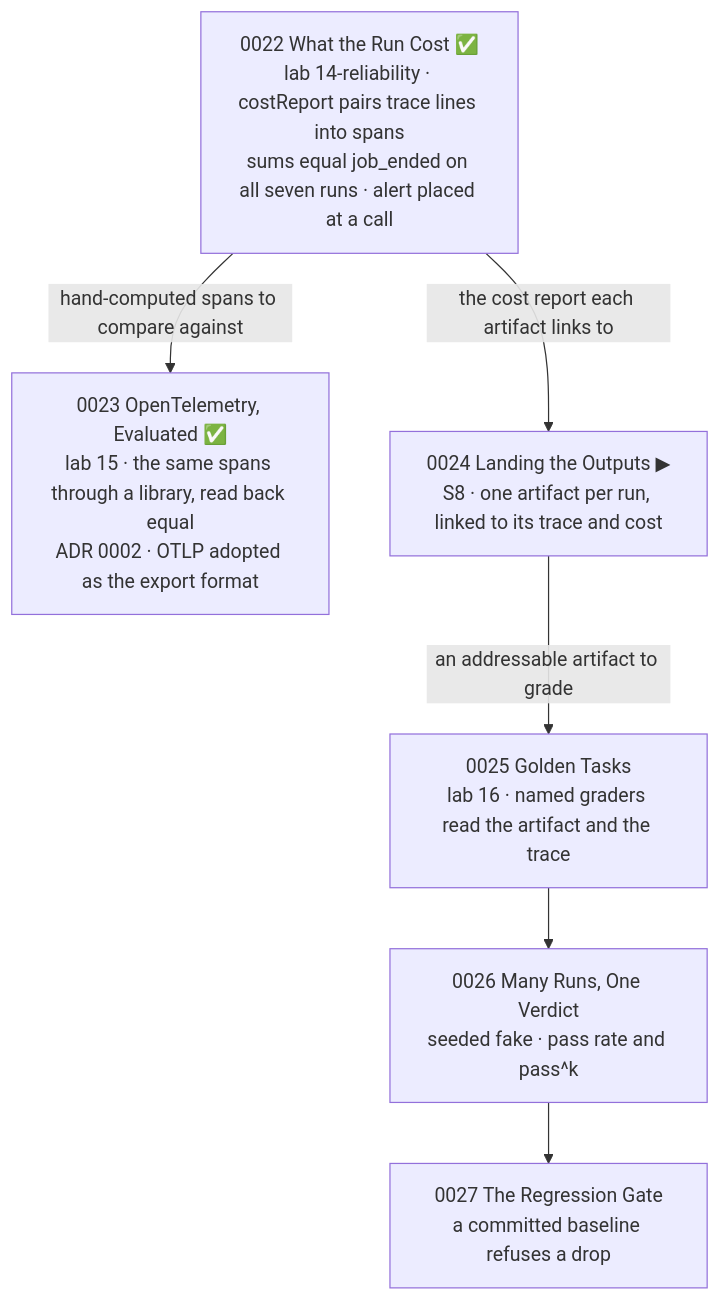
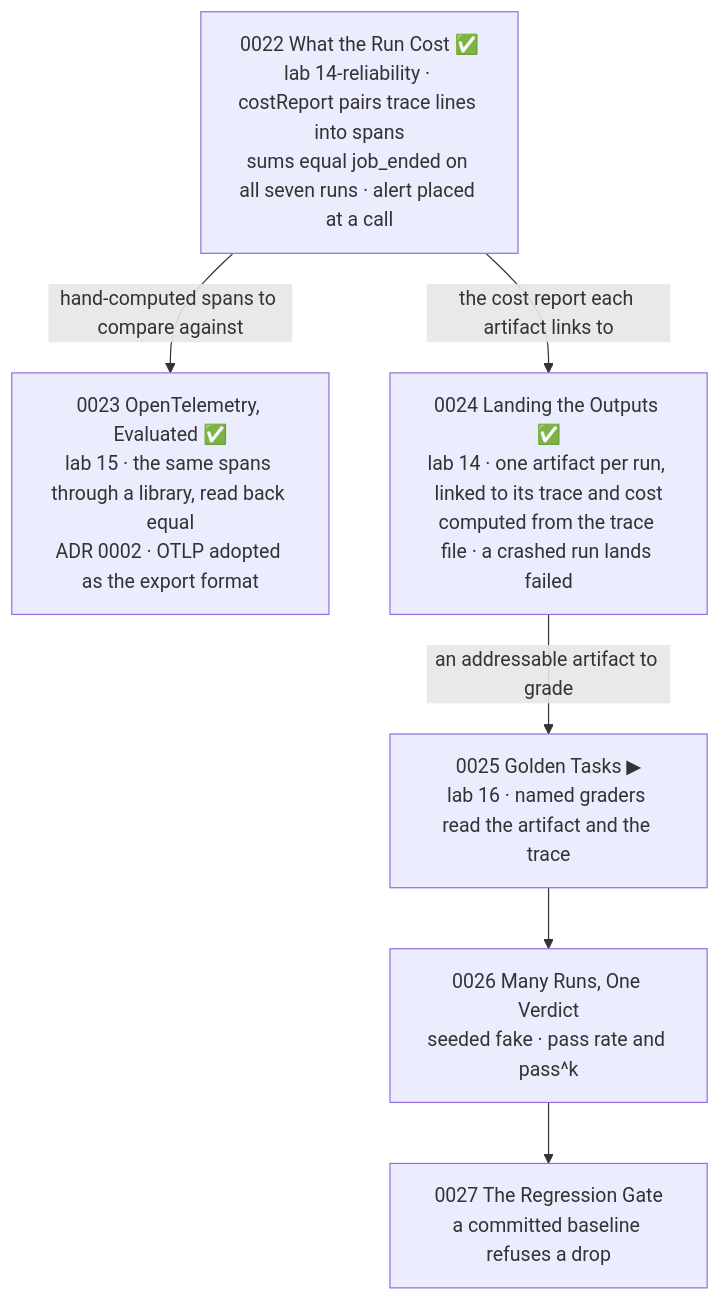
One commit to JozsefKiss90/TS changed the sixth of 7 diagrams in wiki/course/course-module-graph.md. Above: the diagram before and after it, drawn with Mermaid. The commit also changed other lines of this file and 14 other files, not shown here.

First line of the commit message:
Ship lesson 0024 - Landing the Outputs; lab 14 lands one artifact per run

````diff
--- a/wiki/course/course-module-graph.md
+++ b/wiki/course/course-module-graph.md
@@ -115,14 +115,14 @@
 ```mermaid
 flowchart TD
     R22["0022 What the Run Cost ✅<br/>lab 14-reliability · costReport pairs trace lines into spans<br/>sums equal job_ended on all seven runs · alert placed at a call"]
     R23["0023 OpenTelemetry, Evaluated ✅<br/>lab 15 · the same spans through a library, read back equal<br/>ADR 0002 · OTLP adopted as the export format"]
-    R24["0024 Landing the Outputs ▶<br/>S8 · one artifact per run, linked to its trace and cost"]
-    R25["0025 Golden Tasks<br/>lab 16 · named graders read the artifact and the trace"]
+    R24["0024 Landing the Outputs ✅<br/>lab 14 · one artifact per run, linked to its trace and cost<br/>computed from the trace file · a crashed run lands failed"]
+    R25["0025 Golden Tasks ▶<br/>lab 16 · named graders read the artifact and the trace"]
     R26["0026 Many Runs, One Verdict<br/>seeded fake · pass rate and pass^k"]
     R27["0027 The Regression Gate<br/>a committed baseline refuses a drop"]
     R22 -->|"hand-computed spans to compare against"| R23
     R22 -->|"the cost report each artifact links to"| R24
     R24 -->|"an addressable artifact to grade"| R25
     R25 --> R26
     R26 --> R27
 ```
````
